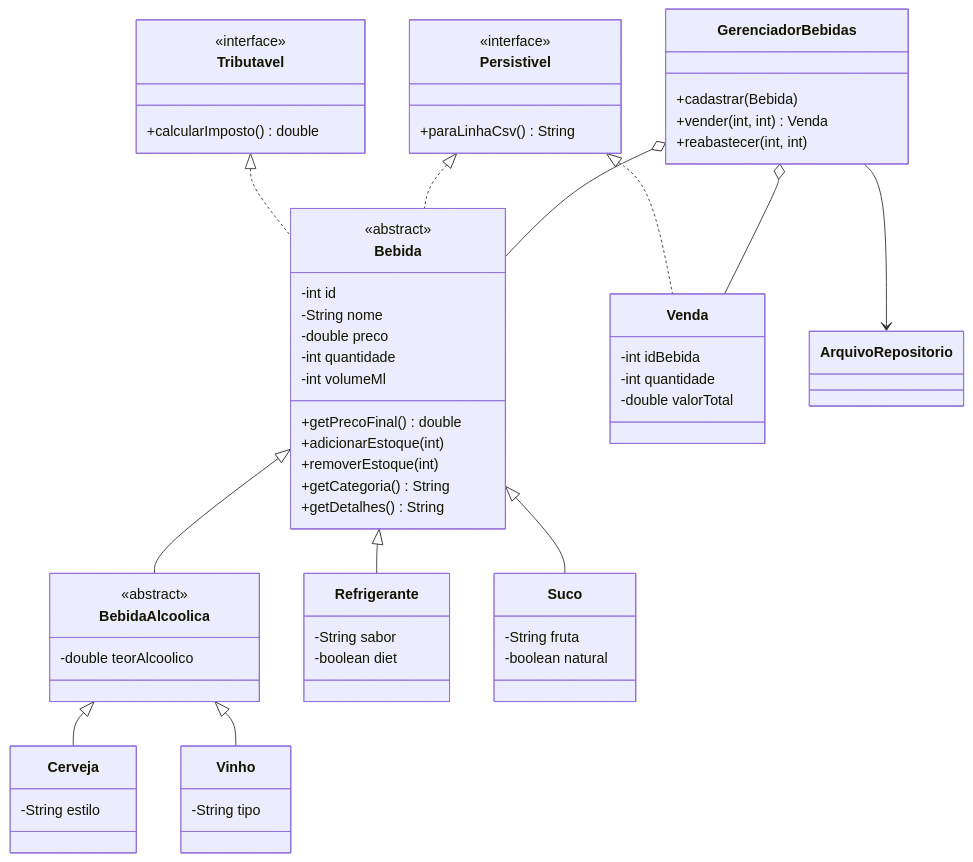
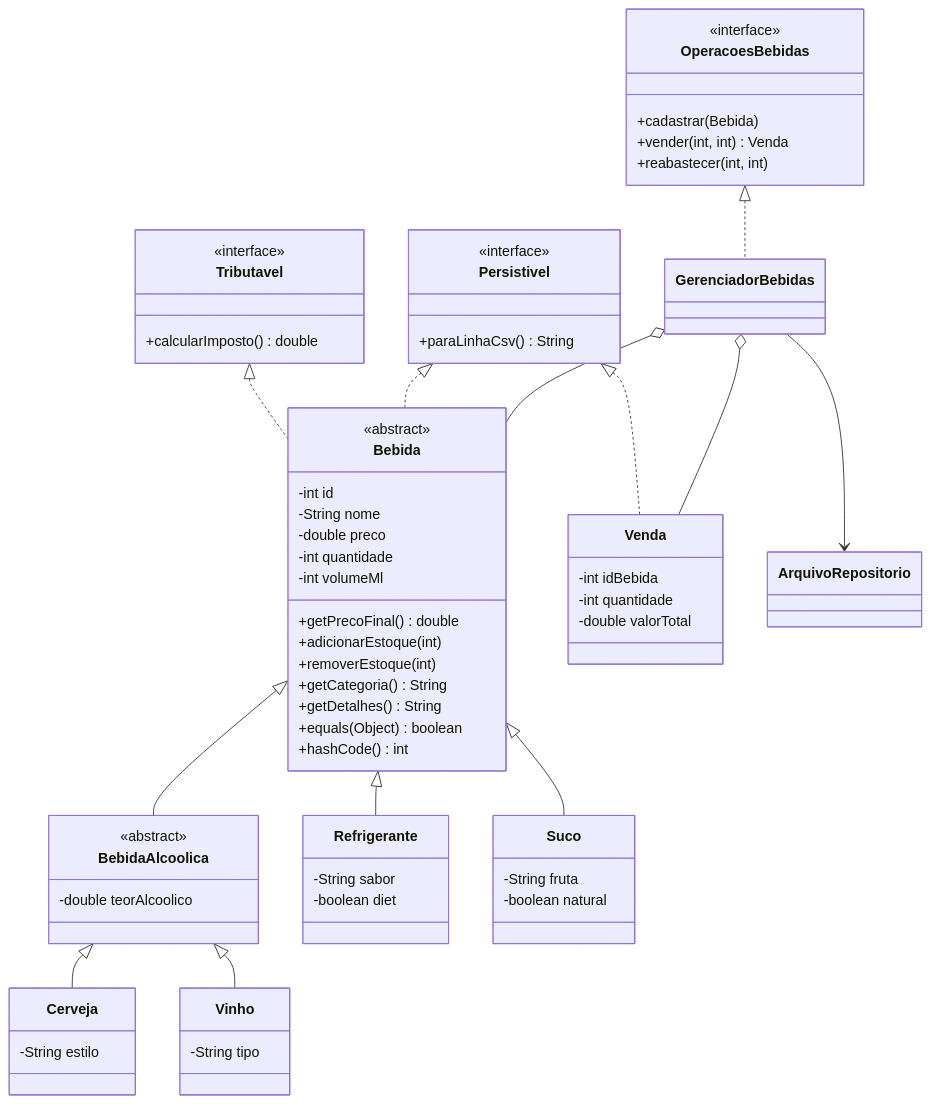
One commit to umdevaprendiz/gestao-de-bebidas changed the diagram in README.md. Above: the diagram before and after it, drawn with Mermaid. The commit also changed other lines of this file and 25 other files, not shown here.

````diff
--- a/README.md
+++ b/README.md
@@ -72,61 +86,66 @@
 ```mermaid
 classDiagram
     class Tributavel {
         <<interface>>
         +calcularImposto() double
     }
     class Persistivel {
         <<interface>>
         +paraLinhaCsv() String
     }
     class Bebida {
         <<abstract>>
         -int id
         -String nome
         -double preco
         -int quantidade
         -int volumeMl
         +getPrecoFinal() double
         +adicionarEstoque(int)
         +removerEstoque(int)
         +getCategoria() String
         +getDetalhes() String
+        +equals(Object) boolean
+        +hashCode() int
     }
     class BebidaAlcoolica {
         <<abstract>>
         -double teorAlcoolico
     }
     class Cerveja { -String estilo }
     class Vinho { -String tipo }
     class Refrigerante {
         -String sabor
         -boolean diet
     }
     class Suco {
         -String fruta
         -boolean natural
     }
     class Venda {
         -int idBebida
         -int quantidade
         -double valorTotal
     }
-    class GerenciadorBebidas {
+    class OperacoesBebidas {
+        <<interface>>
         +cadastrar(Bebida)
         +vender(int, int) Venda
         +reabastecer(int, int)
     }
+    class GerenciadorBebidas
     class ArquivoRepositorio
 
     Tributavel <|.. Bebida
     Persistivel <|.. Bebida
     Persistivel <|.. Venda
     Bebida <|-- BebidaAlcoolica
     BebidaAlcoolica <|-- Cerveja
     BebidaAlcoolica <|-- Vinho
     Bebida <|-- Refrigerante
     Bebida <|-- Suco
+    OperacoesBebidas <|.. GerenciadorBebidas
     GerenciadorBebidas o-- Bebida
     GerenciadorBebidas o-- Venda
     GerenciadorBebidas --> ArquivoRepositorio
 ```
````
